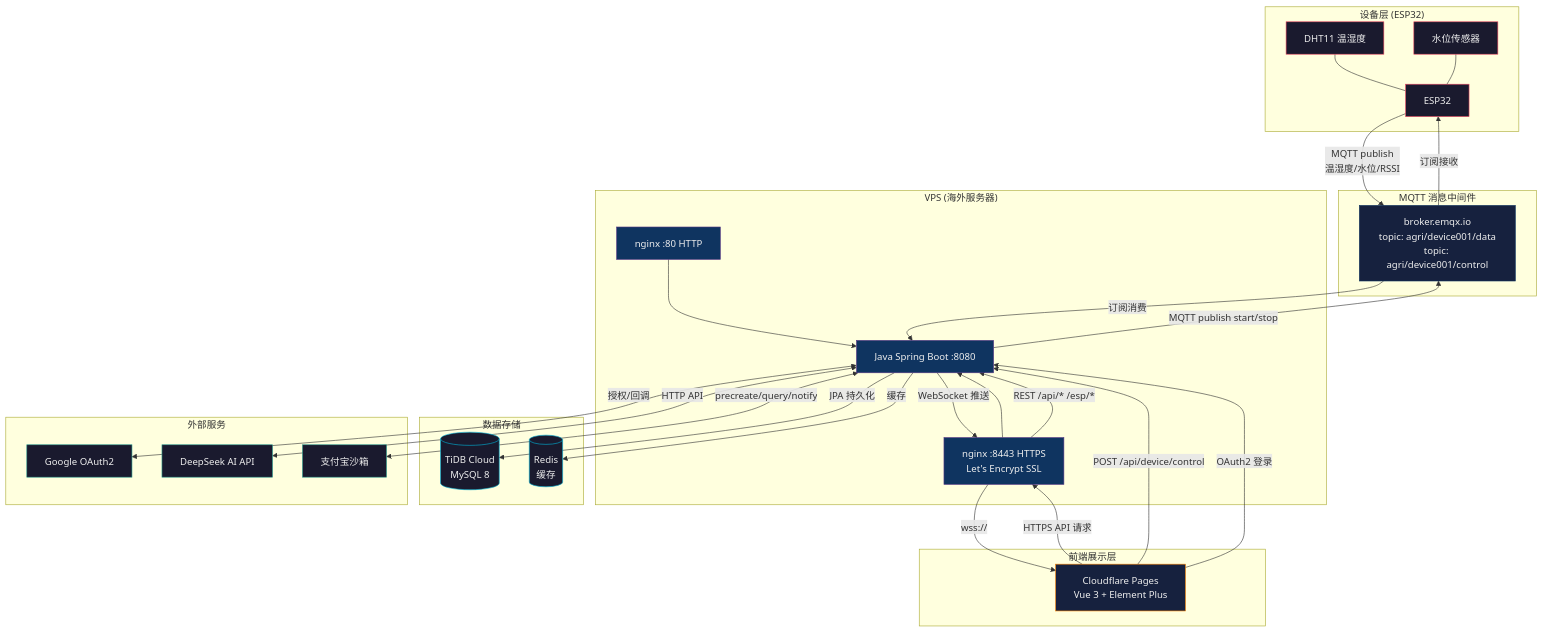
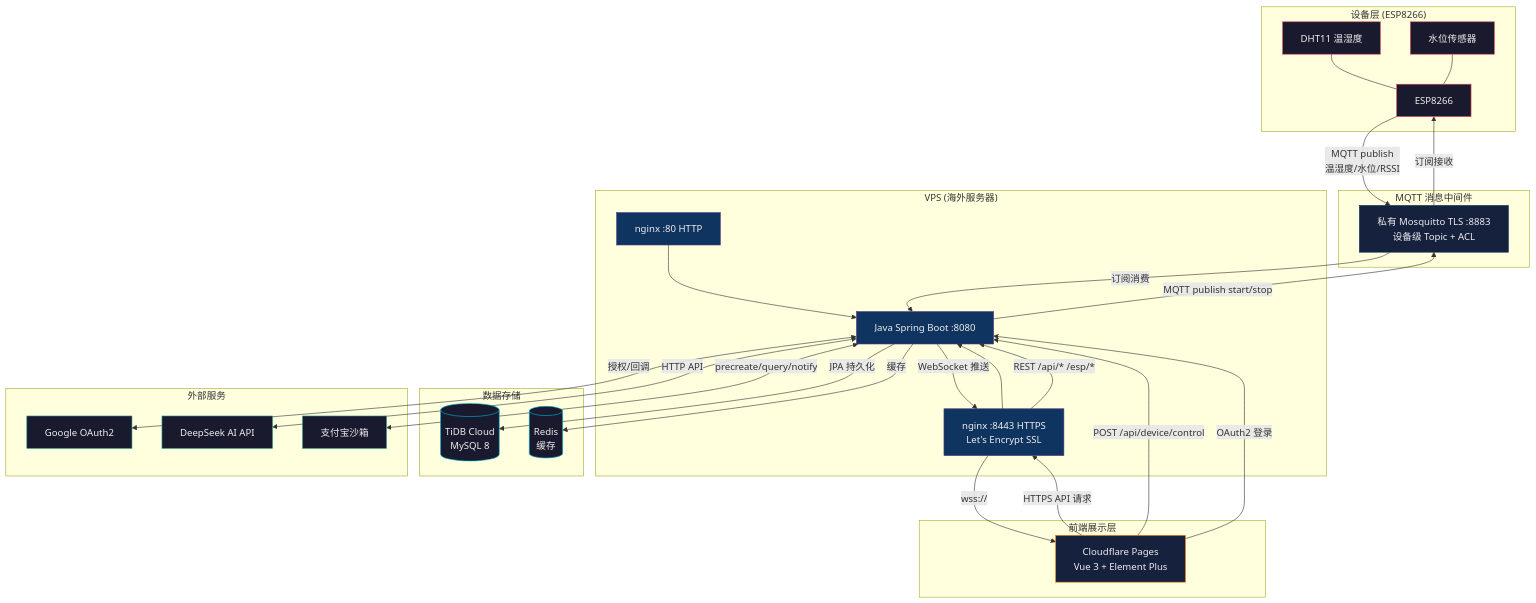
One commit to gzxxxxxx178-ship-it/Iot changed the diagram in CLAUDE.project.md. Above: the diagram before and after it, drawn with Mermaid. The commit also changed other lines of this file and 15 other files, not shown here.

````diff
--- a/CLAUDE.project.md
+++ b/CLAUDE.project.md
@@ -7,79 +7,79 @@
 ```mermaid
 graph TB
-    subgraph Device["设备层 (ESP32)"]
-        ESP[ESP32]
+    subgraph Device["设备层 (ESP8266)"]
+        ESP[ESP8266]
         DHT[DHT11 温湿度]
         WATER[水位传感器]
         DHT --- ESP
         WATER --- ESP
     end
 
     subgraph MQTT["MQTT 消息中间件"]
-        BROKER[broker.emqx.io<br/>topic: agri/device001/data<br/>topic: agri/device001/control]
+        BROKER[私有 Mosquitto TLS :8883<br/>设备级 Topic + ACL]
     end
 
     subgraph VPS["VPS (海外服务器)"]
         NGINX80[nginx :80 HTTP]
         NGINX8443[nginx :8443 HTTPS<br/>Let's Encrypt SSL]
         JAVA[Java Spring Boot :8080]
         NGINX80 --> JAVA
         NGINX8443 --> JAVA
     end
 
     subgraph DB["数据存储"]
         TIDB[(TiDB Cloud<br/>MySQL 8)]
         REDIS[(Redis<br/>缓存)]
     end
 
     subgraph Frontend["前端展示层"]
         CF[Cloudflare Pages<br/>Vue 3 + Element Plus]
     end
 
     subgraph External["外部服务"]
         GOOGLE[Google OAuth2]
         DEEPSEEK[DeepSeek AI API]
         ALIPAY[支付宝沙箱]
     end
 
     %% 数据上报流
     ESP -->|"MQTT publish<br/>温湿度/水位/RSSI"| BROKER
     BROKER -->|"订阅消费"| JAVA
     JAVA -->|"JPA 持久化"| TIDB
     JAVA -->|"缓存"| REDIS
 
     %% 实时推送流
     JAVA -->|"WebSocket 推送"| NGINX8443
     NGINX8443 -->|"wss://"| CF
 
     %% 前端 API 请求
     CF -->|"HTTPS API 请求"| NGINX8443
     NGINX8443 -->|"REST /api/* /esp/*"| JAVA
 
     %% 设备控制流
     CF -->|"POST /api/device/control"| JAVA
     JAVA -->|"MQTT publish start/stop"| BROKER
     BROKER -->|"订阅接收"| ESP
 
     %% 认证流
     CF -->|"OAuth2 登录"| JAVA
     JAVA <-->|"授权/回调"| GOOGLE
 
     %% AI 和支付
     JAVA <-->|"HTTP API"| DEEPSEEK
     JAVA <-->|"precreate/query/notify"| ALIPAY
 
     %% 样式
     classDef device fill:#1a1a2e,stroke:#e94560,color:#eee
     classDef mqtt fill:#16213e,stroke:#0f3460,color:#eee
     classDef vps fill:#0f3460,stroke:#533483,color:#eee
     classDef db fill:#1a1a2e,stroke:#00b4d8,color:#eee
     classDef frontend fill:#16213e,stroke:#f77f00,color:#eee
     classDef external fill:#1a1a2e,stroke:#2a9d8f,color:#eee
 
     class ESP,DHT,WATER device
     class BROKER mqtt
     class NGINX80,NGINX8443,JAVA vps
     class TIDB,REDIS db
     class CF frontend
     class GOOGLE,DEEPSEEK,ALIPAY external
 ```
````
